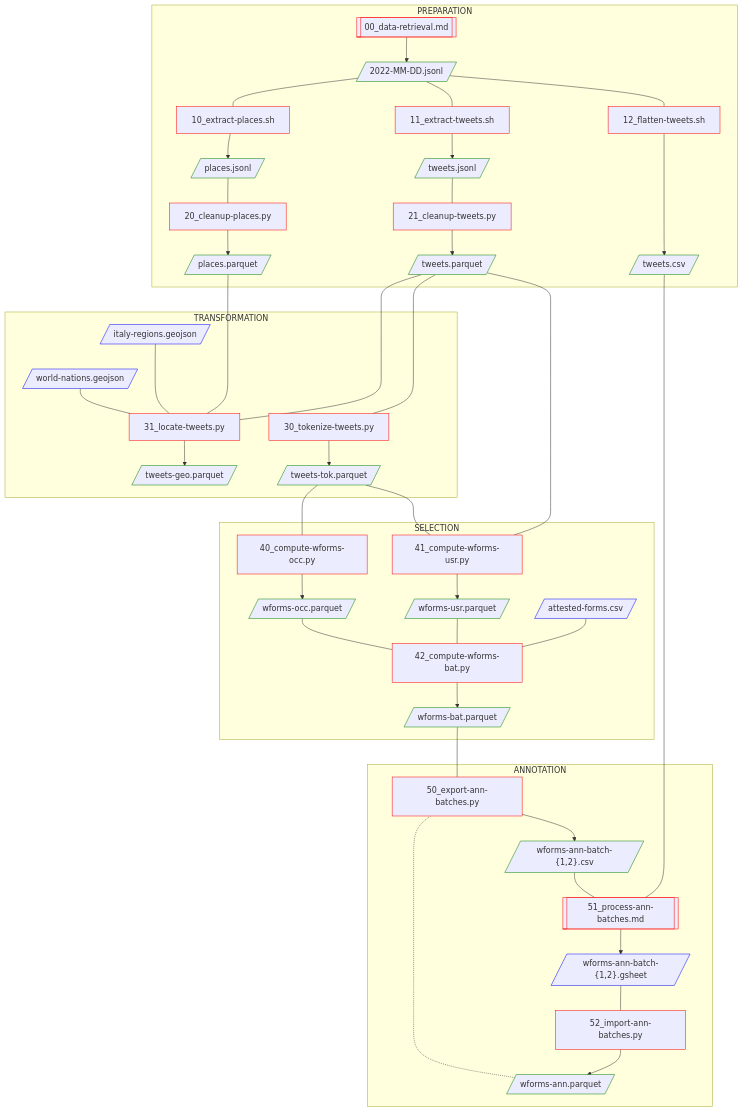
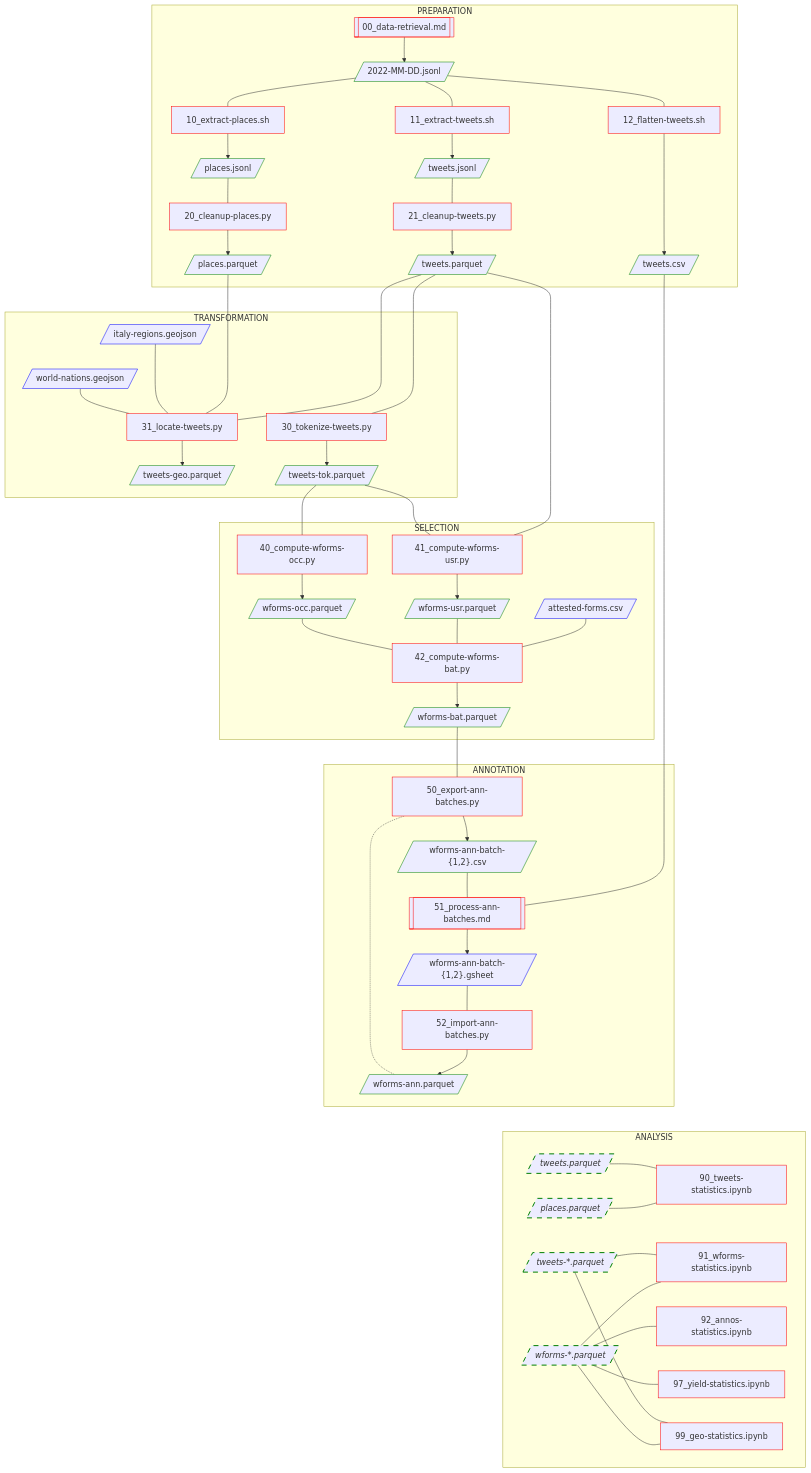
One commit to breviloquia-italica/pipeline changed the diagram in README.md. Above: the diagram before and after it, drawn with Mermaid.

Commit message:
Approximate analysis deps in flowchart

```diff
--- a/README.md
+++ b/README.md
@@ -95,36 +95,33 @@
 
 end
 
-%%subgraph P5 [ANALYSIS]
-%%direction LR;
-%%90[90_tweets-statistics.ipynb]:::code;
-%%91[91_wforms-statistics.ipynb]:::code;
-%%92[92_annos-statistics.ipynb]:::code;
-%%places.parquet.ref[/places.parquet/]:::dataref;
-%%tweets.parquet.ref[/tweets.parquet/]:::dataref;
-%%tweets-tok.parquet.ref[/tweets-tok.parquet/]:::dataref;
-%%tweets-geo.parquet.ref[/tweets-geo.parquet/]:::dataref;
-%%wforms-bat.parquet.ref[/wforms-bat.parquet/]:::dataref;
-%%wforms-ann.parquet.ref[/wforms-ann.parquet/]:::dataref;
-%%wforms-bat.parquet.ref --- 91;
-%%tweets-tok.parquet.ref --- 91;
-%%tweets-tok.parquet.ref --- 92;
-%%wforms-ann.parquet.ref --- 92;
-%%tweets-geo.parquet.ref --- 92;
-%%_04[/ita-regions.geojson/]:::extdata --- 92;
-%%_04[/ita-regions.geojson/]:::extdata --- 90;
-%%_05[/wld-nations.geojson/]:::extdata --- 90;
-%%places.parquet.ref --- 90;
-%%tweets.parquet.ref --- 90;
-%%90 -.-> 90;
-%%91 -.-> 91;
-%%92 -.-> 92;
-%%end
-%%P1 -.- P5;
-%%P2 -.- P5;
-%%P3 -.- P5;
-%%P4 -.- P5;
-%%P4 ~~~~~~~~ P5;
+subgraph P5 [ANALYSIS]
+direction LR;
+90[90_tweets-statistics.ipynb]:::code;
+91[91_wforms-statistics.ipynb]:::code;
+92[92_annos-statistics.ipynb]:::code;
+97[97_yield-statistics.ipynb]:::code;
+99[99_geo-statistics.ipynb]:::code;
+
+places.parquet.ref[/places.parquet/]:::dataref;
+tweets.parquet.ref[/tweets.parquet/]:::dataref;
+tweets-*.parquet[/tweets-*.parquet/]:::dataref;
+wforms-*.parquet[/wforms-*.parquet/]:::dataref;
+
+tweets.parquet.ref --- 90;
+places.parquet.ref --- 90;
+
+tweets-*.parquet --- 91;
+wforms-*.parquet --- 91;
+
+wforms-*.parquet --- 92;
+wforms-*.parquet --- 97;
+
+tweets-*.parquet --- 99;
+wforms-*.parquet --- 99;
+end
+
+P4 ~~~~~~~~ P5;
 
 P1 ~~~~~~~~ P2;
 
```
